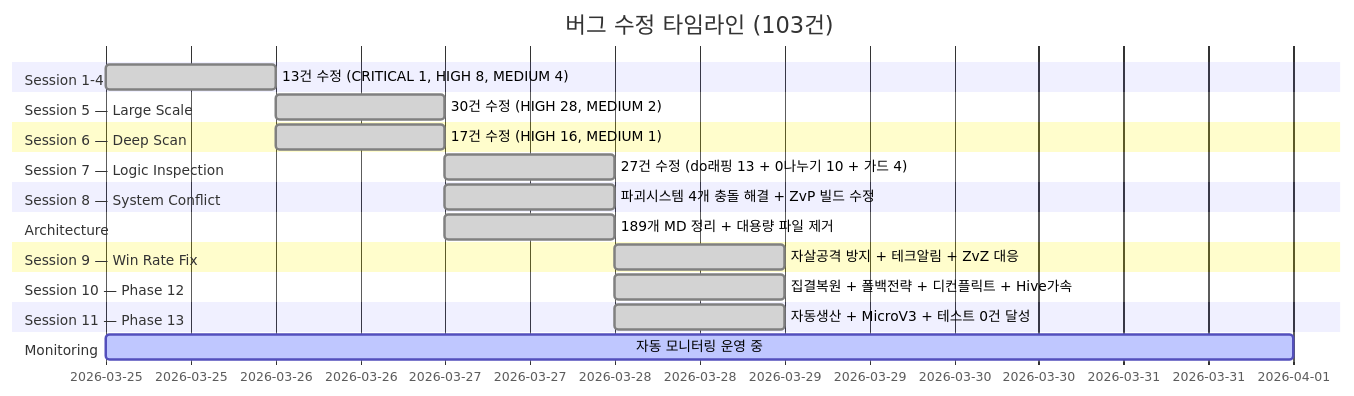
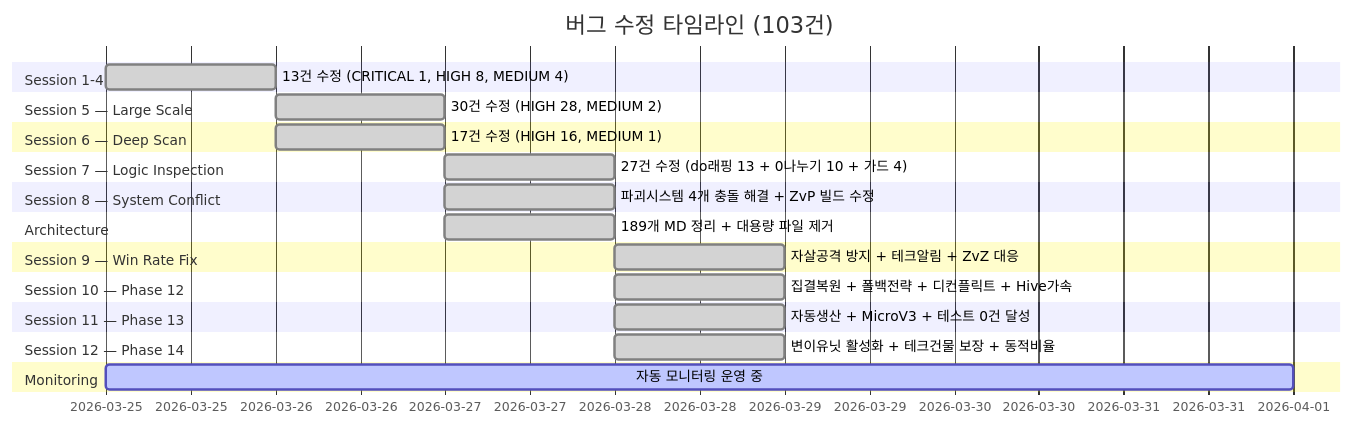
Before and after one commit to sun475300-sudo/Swarm-control-in-sc2bot: diagram 23 of 31 in README.md, drawn with Mermaid. The commit also changed other lines of this file and 3 other files, not shown here.

First line of the commit message:
feat: Phase 14 변이유닛 시스템 활성화 — 4종 모프 + 테크건물 보장 + 동적비율

````diff
--- a/README.md
+++ b/README.md
@@ -633,25 +633,27 @@
 ```mermaid
 gantt
     title 버그 수정 타임라인 (103건)
     dateFormat YYYY-MM-DD
     section Session 1-4
         13건 수정 (CRITICAL 1, HIGH 8, MEDIUM 4)   :done, s1, 2026-03-25, 1d
     section Session 5 — Large Scale
         30건 수정 (HIGH 28, MEDIUM 2)              :done, s5, 2026-03-26, 1d
     section Session 6 — Deep Scan
         17건 수정 (HIGH 16, MEDIUM 1)              :done, s6, 2026-03-26, 1d
     section Session 7 — Logic Inspection
         27건 수정 (do래핑 13 + 0나누기 10 + 가드 4) :done, s7, 2026-03-27, 1d
     section Session 8 — System Conflict
         파괴시스템 4개 충돌 해결 + ZvP 빌드 수정    :done, s8, 2026-03-27, 1d
     section Architecture
         189개 MD 정리 + 대용량 파일 제거            :done, s9, 2026-03-27, 1d
     section Session 9 — Win Rate Fix
         자살공격 방지 + 테크알림 + ZvZ 대응         :done, s10, 2026-03-28, 1d
     section Session 10 — Phase 12
         집결복원 + 폴백전략 + 디컨플릭트 + Hive가속 :done, s11, 2026-03-28, 1d
     section Session 11 — Phase 13
         자동생산 + MicroV3 + 테스트 0건 달성       :done, s12, 2026-03-28, 1d
+    section Session 12 — Phase 14
+        변이유닛 활성화 + 테크건물 보장 + 동적비율  :done, s13, 2026-03-28, 1d
     section Monitoring
         자동 모니터링 운영 중                        :active, mon, 2026-03-25, 7d
 ```
````
